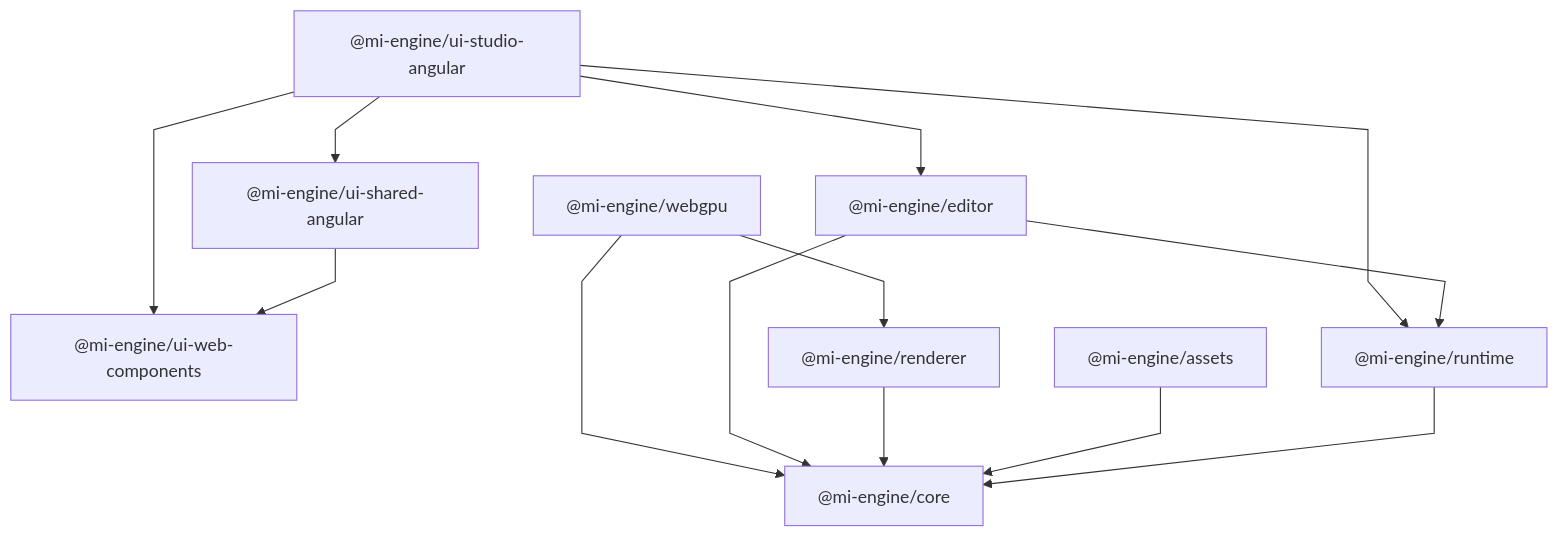
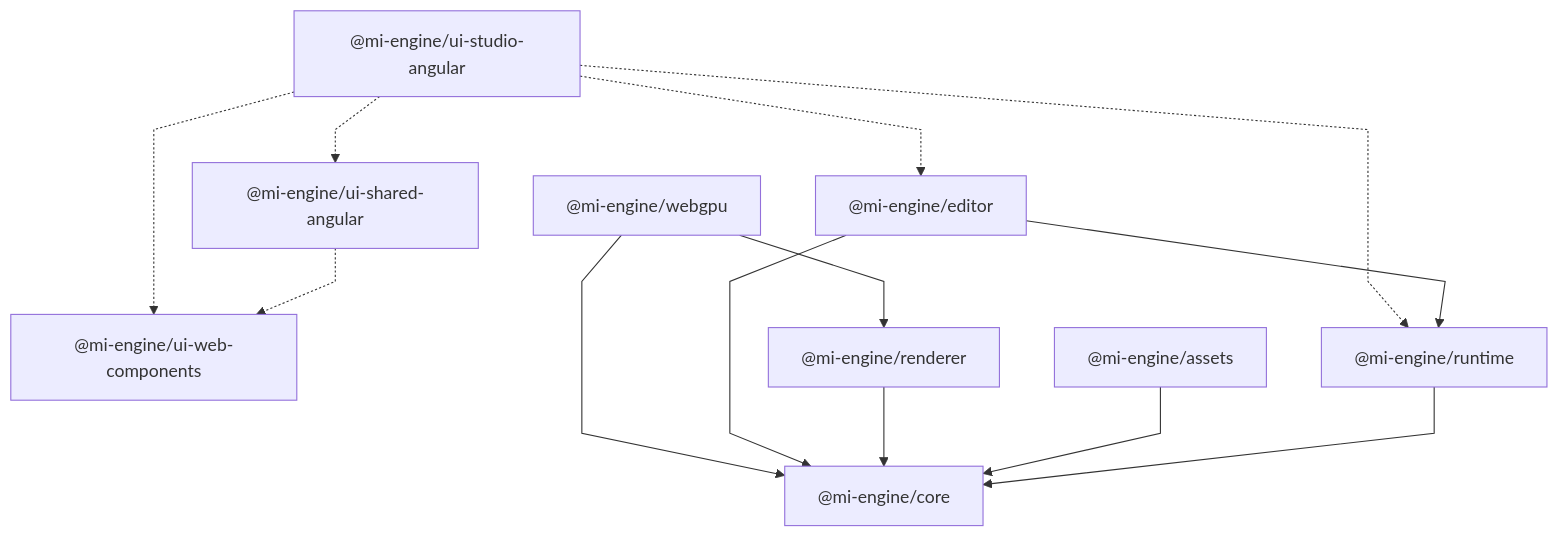
Before and after one commit to anzohub/mi-engine: the diagram in docs/architecture/package-dependencies.md, drawn with Mermaid. The commit also changed other lines of this file and 5 other files, not shown here.

Commit message:
chore: update VSCode settings and enhance architecture documentation with glossary and dependency details

````diff
--- a/docs/architecture/package-dependencies.md
+++ b/docs/architecture/package-dependencies.md
@@ -14,38 +17,38 @@
 ```mermaid
 %%{init: {
   "flowchart": {
     "curve": "linear",
     "nodeSpacing": 50,
     "rankSpacing": 60
   }
 }}%%
 
 flowchart TB
     StudioUI["@mi-engine/ui-studio-angular"]
     SharedUI["@mi-engine/ui-shared-angular"]
     WebComponents["@mi-engine/ui-web-components"]
     WebGPU["@mi-engine/webgpu"]
     Renderer["@mi-engine/renderer"]
     Editor["@mi-engine/editor"]
     Assets["@mi-engine/assets"]
     Runtime["@mi-engine/runtime"]
     Core["@mi-engine/core"]
 
-    StudioUI --> WebComponents
-    StudioUI --> SharedUI
-    StudioUI --> Editor
-    StudioUI --> Runtime
+    StudioUI -.-> WebComponents
+    StudioUI -.-> SharedUI
+    StudioUI -.-> Editor
+    StudioUI -.-> Runtime
 
-    SharedUI --> WebComponents
+    SharedUI -.-> WebComponents
 
     WebGPU --> Renderer
     WebGPU --> Core
 
     Editor --> Runtime
     Editor --> Core
     Renderer --> Core
 
     Assets --> Core
 
     Runtime --> Core
 ```
````
